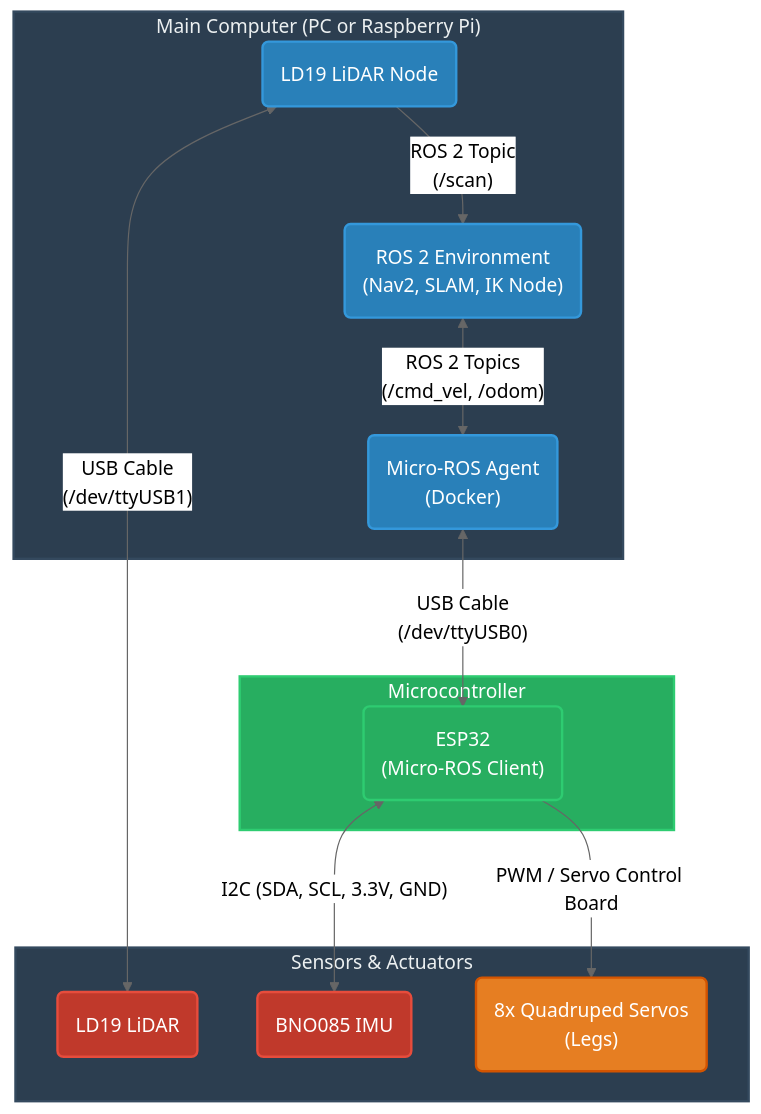
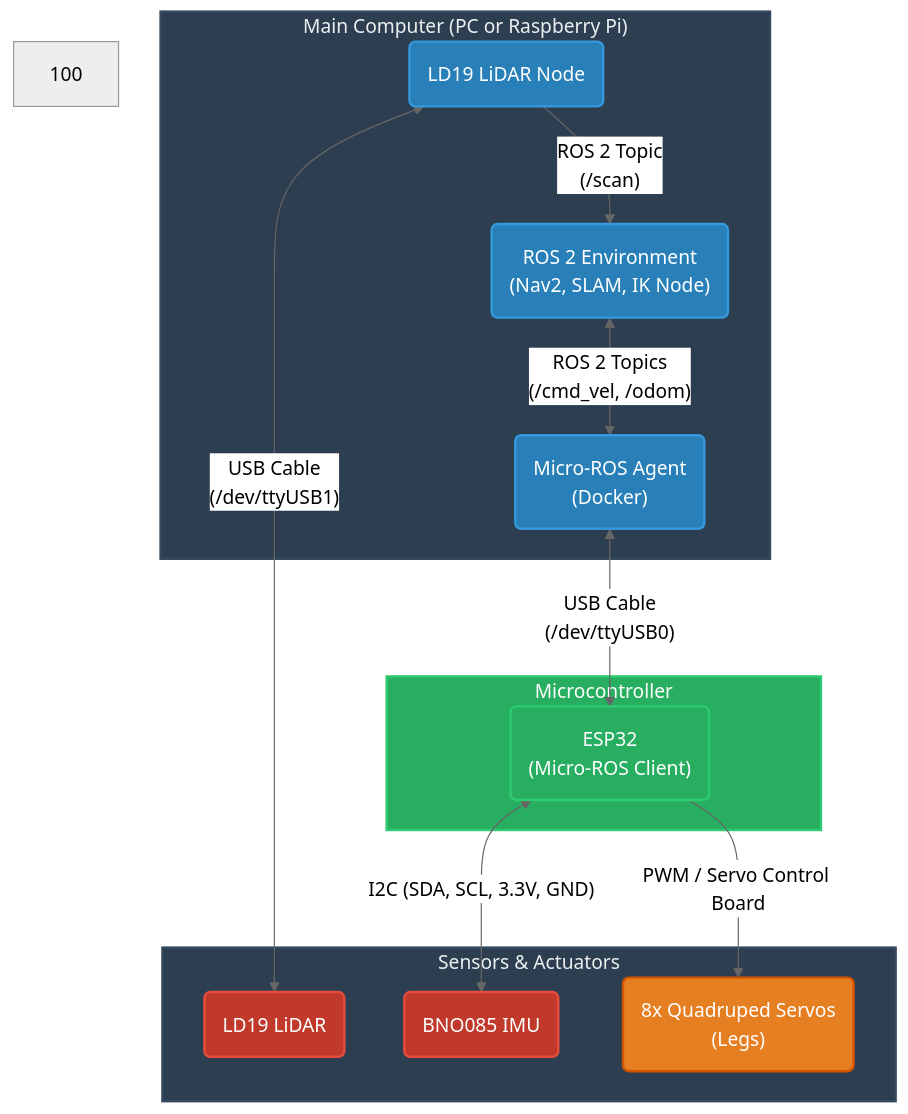
One commit to joschmaCYU/Quadruped changed the second of 3 diagrams in README.md. Above: the diagram before and after it, drawn with Mermaid (neutral theme). The commit also changed other lines of this file, not shown here.

````diff
--- a/README.md
+++ b/README.md
@@ -175,40 +179,40 @@
 ```mermaid
 graph TD
     %% Define Styles
     classDef pc fill:#2c3e50,stroke:#34495e,stroke-width:2px,color:#ecf0f1
     classDef esp fill:#27ae60,stroke:#2ecc71,stroke-width:2px,color:#fff
     classDef sensor fill:#c0392b,stroke:#e74c3c,stroke-width:2px,color:#fff
     classDef actuator fill:#e67e22,stroke:#d35400,stroke-width:2px,color:#fff
     classDef software fill:#2980b9,stroke:#3498db,stroke-width:2px,color:#fff
-
+100
     subgraph Main_Computer ["Main Computer (PC or Raspberry Pi)"]
         ROS2("ROS 2 Environment<br>(Nav2, SLAM, IK Node)"):::software
         U_Agent("Micro-ROS Agent<br>(Docker)"):::software
         L_Node("LD19 LiDAR Node"):::software
 
         ROS2 <-->|"ROS 2 Topics<br>(/cmd_vel, /odom)"| U_Agent
         L_Node -->|"ROS 2 Topic<br>(/scan)"| ROS2
     end
 
     subgraph Microcontroller ["Microcontroller"]
         ESP32("ESP32<br>(Micro-ROS Client)"):::esp
     end
 
     subgraph Peripherals ["Sensors & Actuators"]
         LD19("LD19 LiDAR"):::sensor
         IMU("BNO085 IMU"):::sensor
         Servos("8x Quadruped Servos<br>(Legs)"):::actuator
     end
 
     %% Hardware Connections
     U_Agent <-->|"USB Cable<br>(/dev/ttyUSB0)"| ESP32
     L_Node <-->|"USB Cable<br>(/dev/ttyUSB1)"| LD19
 
     ESP32 <-->|"I2C (SDA, SCL, 3.3V, GND)"| IMU
     ESP32 -->|"PWM / Servo Control Board"| Servos
 
     %% Apply Styles
     class Main_Computer pc
     class Microcontroller esp
     class Peripherals pc
 ```
````
